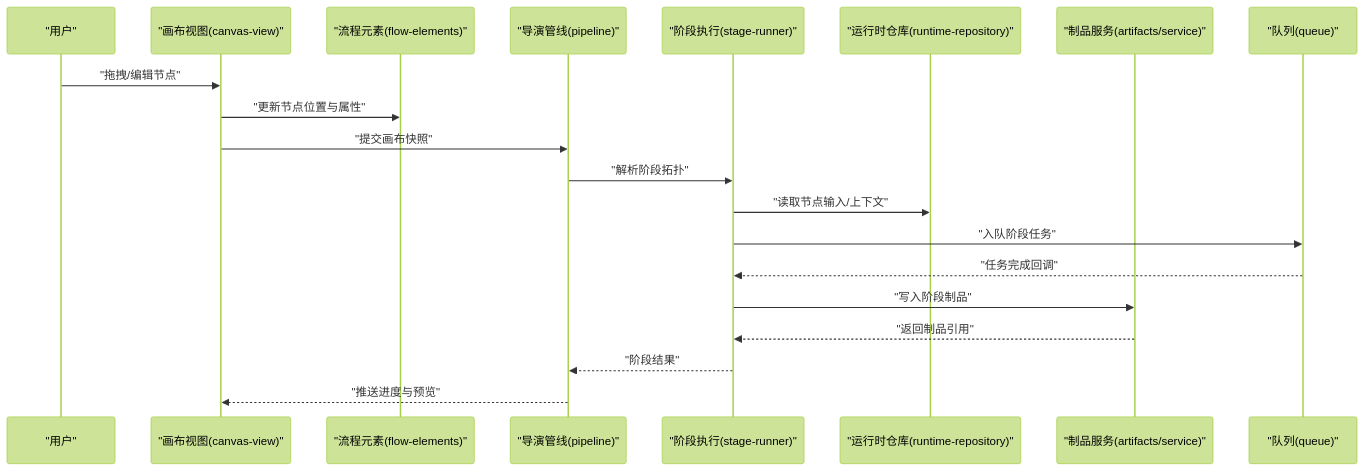
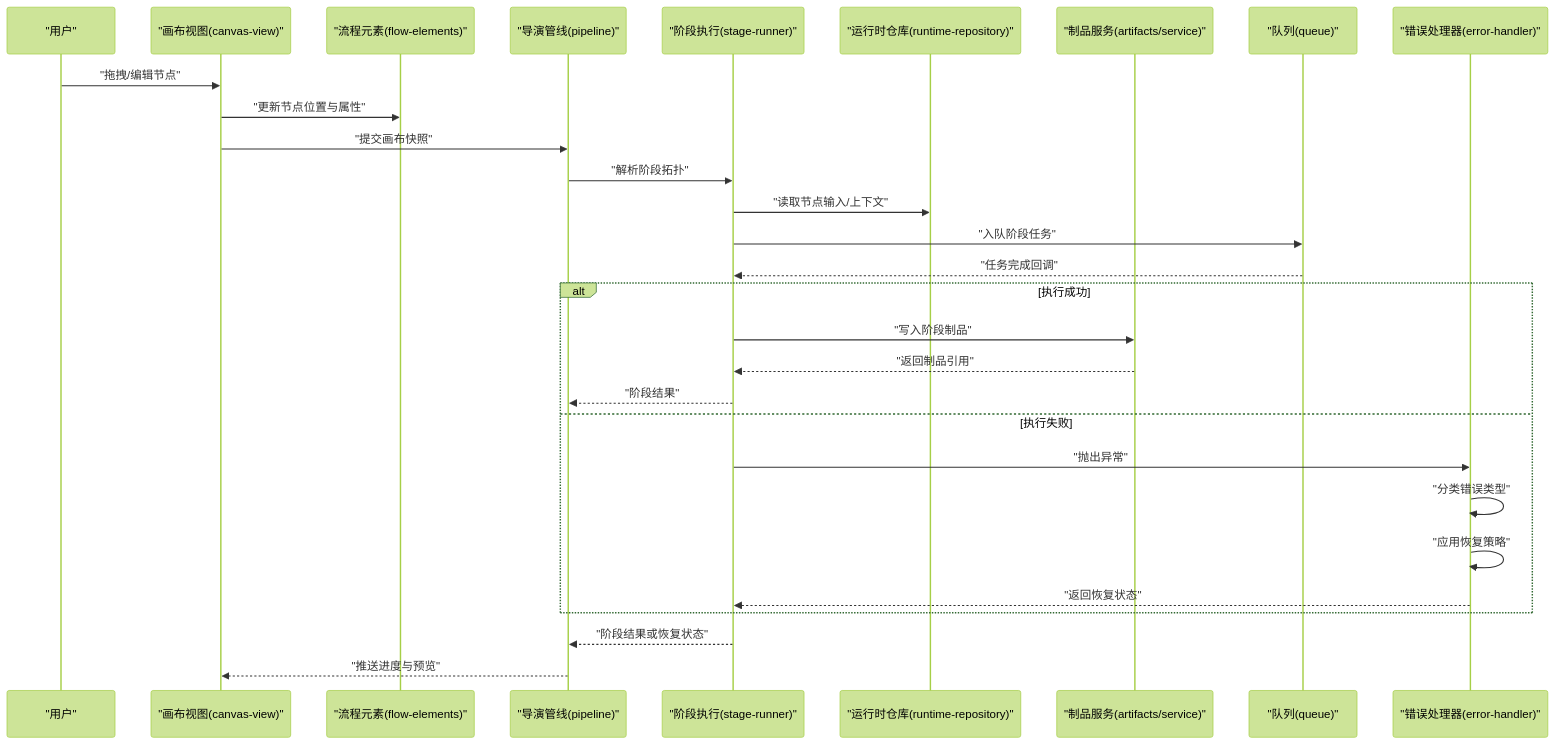
One commit to scottcwy/PurpleInk changed the second of 15 diagrams in .qoder/repowiki/zh/content/画布编辑器/画布编辑器.md. Above: the diagram before and after it, drawn with Mermaid (forest theme). The commit also changed other lines of this file and 109 other files, not shown here.

````diff
--- a/.qoder/repowiki/zh/content/画布编辑器/画布编辑器.md
+++ b/.qoder/repowiki/zh/content/画布编辑器/画布编辑器.md
@@ -182,22 +196,31 @@
 ```mermaid
 sequenceDiagram
 participant U as "用户"
 participant CV as "画布视图(canvas-view)"
 participant FE as "流程元素(flow-elements)"
 participant PI as "导演管线(pipeline)"
 participant SR as "阶段执行(stage-runner)"
 participant RR as "运行时仓库(runtime-repository)"
 participant AR as "制品服务(artifacts/service)"
 participant Q as "队列(queue)"
+participant EH as "错误处理器(error-handler)"
 U->>CV : "拖拽/编辑节点"
 CV->>FE : "更新节点位置与属性"
 CV->>PI : "提交画布快照"
 PI->>SR : "解析阶段拓扑"
 SR->>RR : "读取节点输入/上下文"
 SR->>Q : "入队阶段任务"
 Q-->>SR : "任务完成回调"
+alt 执行成功
 SR->>AR : "写入阶段制品"
 AR-->>SR : "返回制品引用"
 SR-->>PI : "阶段结果"
+else 执行失败
+SR->>EH : "抛出异常"
+EH->>EH : "分类错误类型"
+EH->>EH : "应用恢复策略"
+EH-->>SR : "返回恢复状态"
+end
+SR-->>PI : "阶段结果或恢复状态"
 PI-->>CV : "推送进度与预览"
 ```
````
